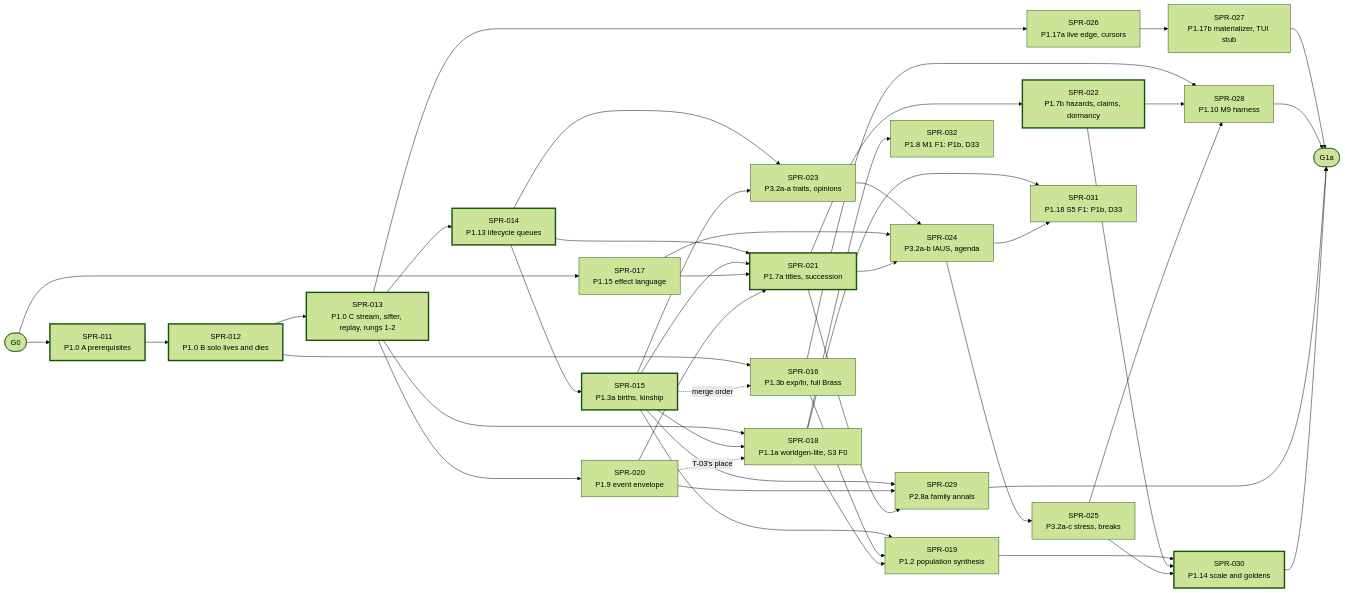
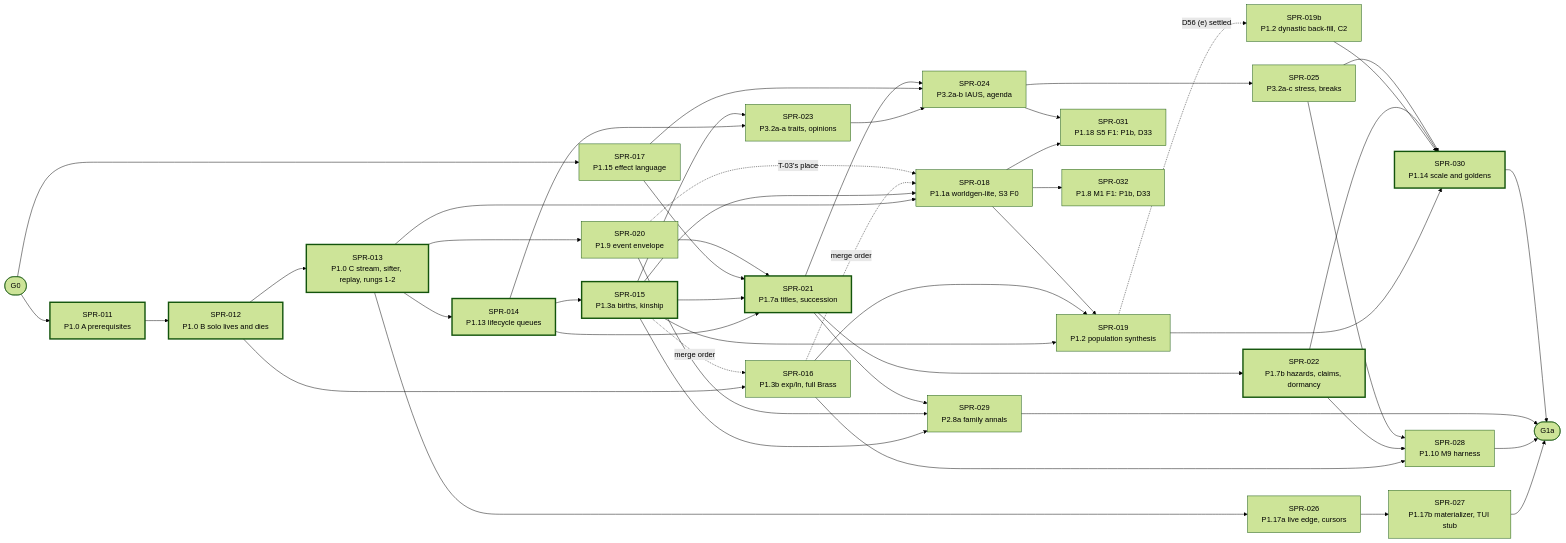
One commit to BigRigVibeCoder/Rehoboam changed the diagram in CODEX/05_PROJECT/PRJ-002_P1aPlan.md. Above: the diagram before and after it, drawn with Mermaid (forest theme). The commit also changed other lines of this file and 4 other files, not shown here.

````diff
--- a/CODEX/05_PROJECT/PRJ-002_P1aPlan.md
+++ b/CODEX/05_PROJECT/PRJ-002_P1aPlan.md
@@ -59,49 +59,52 @@
 ```mermaid
 flowchart LR
   G0([G0]) --> S011[SPR-011<br/>P1.0 A prerequisites]
   S011 --> S012[SPR-012<br/>P1.0 B solo lives and dies]
   S012 --> S013[SPR-013<br/>P1.0 C stream, sifter, replay, rungs 1-2]
   S013 --> S014[SPR-014<br/>P1.13 lifecycle queues]
   S014 --> S015[SPR-015<br/>P1.3a births, kinship]
   S012 --> S016[SPR-016<br/>P1.3b exp/ln, full Brass]
   S015 -.merge order.-> S016
   G0 --> S017[SPR-017<br/>P1.15 effect language]
   S013 --> S018[SPR-018<br/>P1.1a worldgen-lite, S3 F0]
   S015 --> S018
   S015 --> S019[SPR-019<br/>P1.2 population synthesis]
   S016 --> S019
   S018 --> S019
+  S016 -.merge order.-> S018
+  S019 -.D56 (e) settled.-> S019b[SPR-019b<br/>P1.2 dynastic back-fill, C2]
   S013 --> S020[SPR-020<br/>P1.9 event envelope]
   S020 -.T-03's place.-> S018
   S014 --> S021[SPR-021<br/>P1.7a titles, succession]
   S015 --> S021
   S017 --> S021
   S020 --> S021
   S021 --> S022[SPR-022<br/>P1.7b hazards, claims, dormancy]
   S014 --> S023[SPR-023<br/>P3.2a-a traits, opinions]
   S015 --> S023
   S023 --> S024[SPR-024<br/>P3.2a-b IAUS, agenda]
   S017 --> S024
   S021 --> S024
   S024 --> S025[SPR-025<br/>P3.2a-c stress, breaks]
   S013 --> S026[SPR-026<br/>P1.17a live edge, cursors]
   S026 --> S027[SPR-027<br/>P1.17b materializer, TUI stub]
   S016 --> S028[SPR-028<br/>P1.10 M9 harness]
   S022 --> S028
   S025 --> S028
   S015 --> S029[SPR-029<br/>P2.8a family annals]
   S020 --> S029
   S021 --> S029
   S019 --> S030[SPR-030<br/>P1.14 scale and goldens]
+  S019b --> S030
   S022 --> S030
   S025 --> S030
   S018 --> S031[SPR-031<br/>P1.18 S5 F1: P1b, D33]
   S024 --> S031
   S018 --> S032[SPR-032<br/>P1.8 M1 F1: P1b, D33]
   S027 --> G1a([G1a])
   S028 --> G1a
   S029 --> G1a
   S030 --> G1a
   classDef crit stroke-width:3px
   class S011,S012,S013,S014,S015,S021,S022,S030 crit
 ```
````
